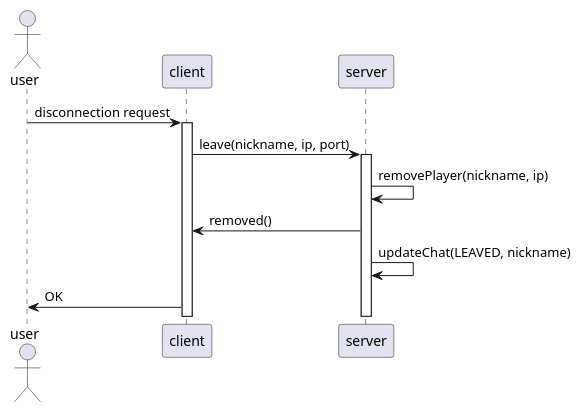
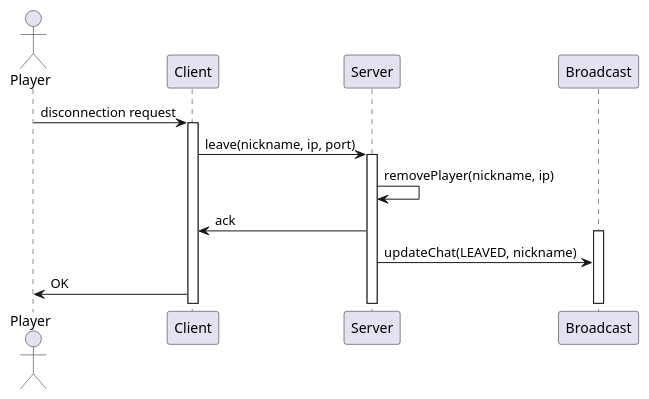
One commit to MatanDavidi/scribble-public changed the diagram in analysis/scenarios/playerDisconnected/playerDisconnected.puml. Above: the diagram before and after it, drawn with PlantUML. The commit also changed other lines of this file, not shown here.

Commit message:
fix swim lane - add Broadcast

```diff
--- a/analysis/scenarios/playerDisconnected/playerDisconnected.puml
+++ b/analysis/scenarios/playerDisconnected/playerDisconnected.puml
@@ -9,16 +9,14 @@
 @startuml playerDisconnected
 
-actor user
-
-user->client:disconnection request
-activate client
-
-client->server:leave(nickname, ip, port)
-activate server
-
-server->server:removePlayer(nickname, ip)
-server->client:removed()
-server->server:updateChat(LEAVED, nickname)
-client->user:OK
+actor Player
+Player->Client:disconnection request
+activate Client
+Client->Server:leave(nickname, ip, port)
+activate Server
+Server->Server:removePlayer(nickname, ip)
+Server->Client:ack
+activate Broadcast
+Server->Broadcast:updateChat(LEAVED, nickname)
+Client->Player:OK
 
 @enduml
```
